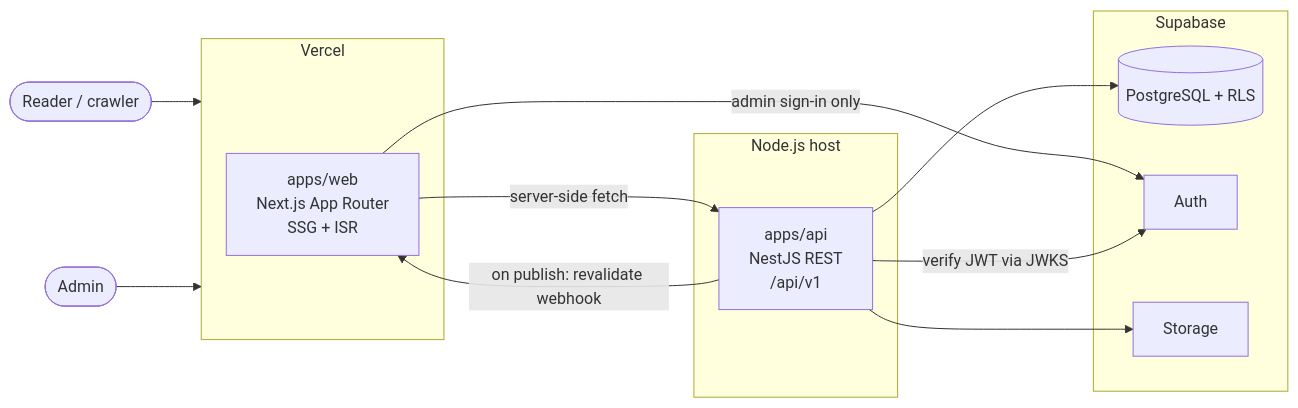
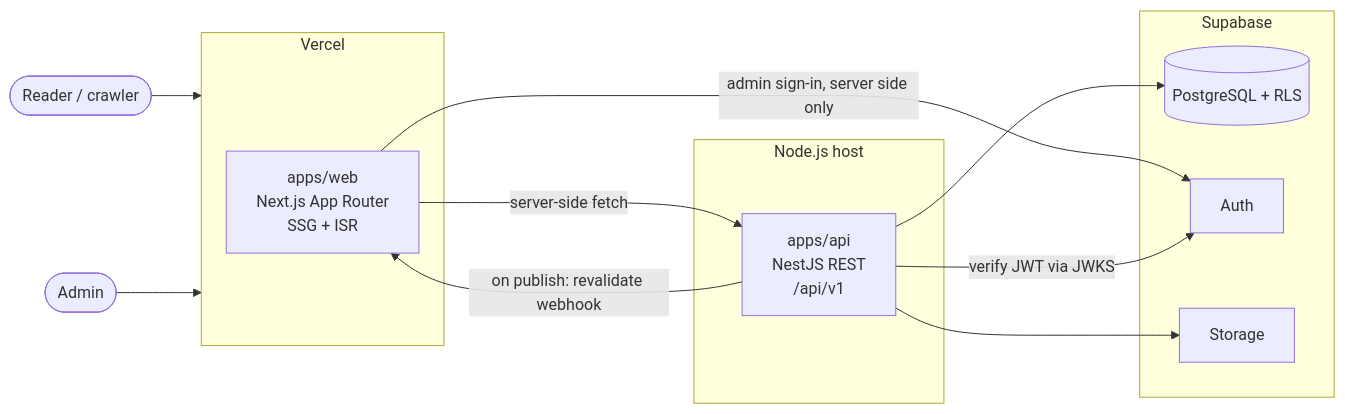
One commit to KishanMaurya/BackendMasters changed the first of 2 diagrams in docs/ARCHITECTURE.md. Above: the diagram before and after it, drawn with Mermaid. The commit also changed other lines of this file and 76 other files, not shown here.

````diff
--- a/docs/ARCHITECTURE.md
+++ b/docs/ARCHITECTURE.md
@@ -7,22 +7,22 @@
 ```mermaid
 flowchart LR
   reader([Reader / crawler]) --> vercel
   admin([Admin]) --> vercel
   subgraph vercel[Vercel]
     web[apps/web<br/>Next.js App Router<br/>SSG + ISR]
   end
   subgraph node[Node.js host]
     api[apps/api<br/>NestJS REST<br/>/api/v1]
   end
   subgraph supabase[Supabase]
     pg[(PostgreSQL + RLS)]
     auth[Auth]
     storage[Storage]
   end
   web -- server-side fetch --> api
-  web -- admin sign-in only --> auth
+  web -- admin sign-in, server side only --> auth
   api -- verify JWT via JWKS --> auth
   api --> pg
   api --> storage
   api -- on publish: revalidate webhook --> web
 ```
````
